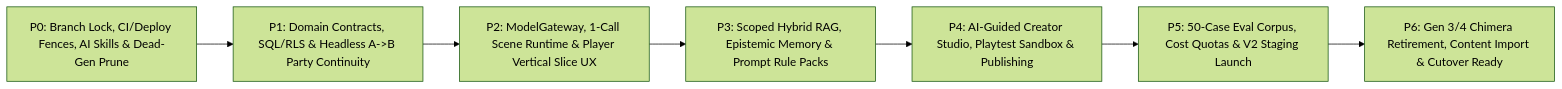
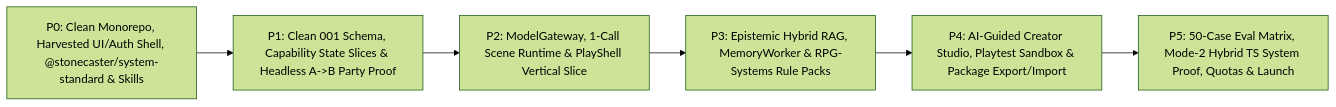
The second of 2 diagrams in docs/Stonecaster_2_0/STONECASTER_2_IMPLEMENTATION_PLAN.md (Daakon/stone-caster-2), drawn with Mermaid (forest theme) before and after one commit. The commit also changed other lines of this file, not shown here.

Commit message:
docs(stonecaster-2.0): revise plan for clean-slate harvest and RPG Systems/SparkBinder alignment

````diff
--- a/docs/Stonecaster_2_0/STONECASTER_2_IMPLEMENTATION_PLAN.md
+++ b/docs/Stonecaster_2_0/STONECASTER_2_IMPLEMENTATION_PLAN.md
@@ -184,9 +185,8 @@
 ```mermaid
 flowchart LR
-    P0["P0: Branch Lock, CI/Deploy Fences, AI Skills & Dead-Gen Prune"] --> P1["P1: Domain Contracts, SQL/RLS & Headless A->B Party Continuity"]
-    P1 --> P2["P2: ModelGateway, 1-Call Scene Runtime & Player Vertical Slice UX"]
-    P2 --> P3["P3: Scoped Hybrid RAG, Epistemic Memory & Prompt Rule Packs"]
-    P3 --> P4["P4: AI-Guided Creator Studio, Playtest Sandbox & Publishing"]
-    P4 --> P5["P5: 50-Case Eval Corpus, Cost Quotas & V2 Staging Launch"]
-    P5 --> P6["P6: Gen 3/4 Chimera Retirement, Content Import & Cutover Ready"]
+    P0["P0: Clean Monorepo, Harvested UI/Auth Shell, @stonecaster/system-standard & Skills"] --> P1["P1: Clean 001 Schema, Capability State Slices & Headless A->B Party Proof"]
+    P1 --> P2["P2: ModelGateway, 1-Call Scene Runtime & PlayShell Vertical Slice"]
+    P2 --> P3["P3: Epistemic Hybrid RAG, MemoryWorker & RPG-Systems Rule Packs"]
+    P3 --> P4["P4: AI-Guided Creator Studio, Playtest Sandbox & Package Export/Import"]
+    P4 --> P5["P5: 50-Case Eval Matrix, Mode-2 Hybrid TS System Proof, Quotas & Launch"]
 ```
````
